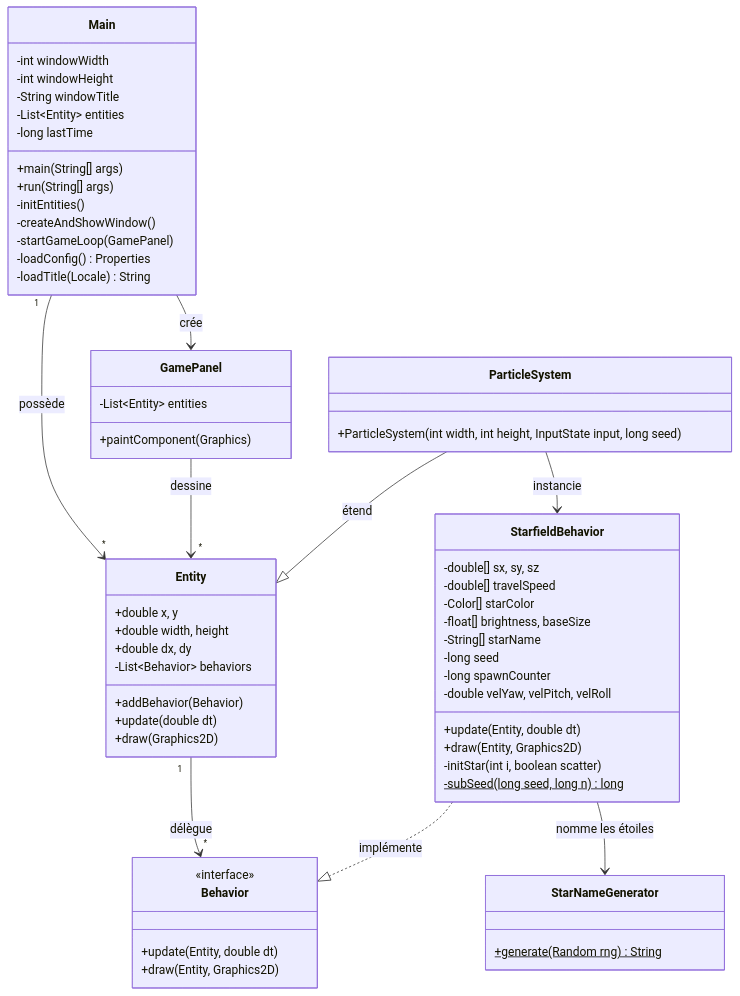
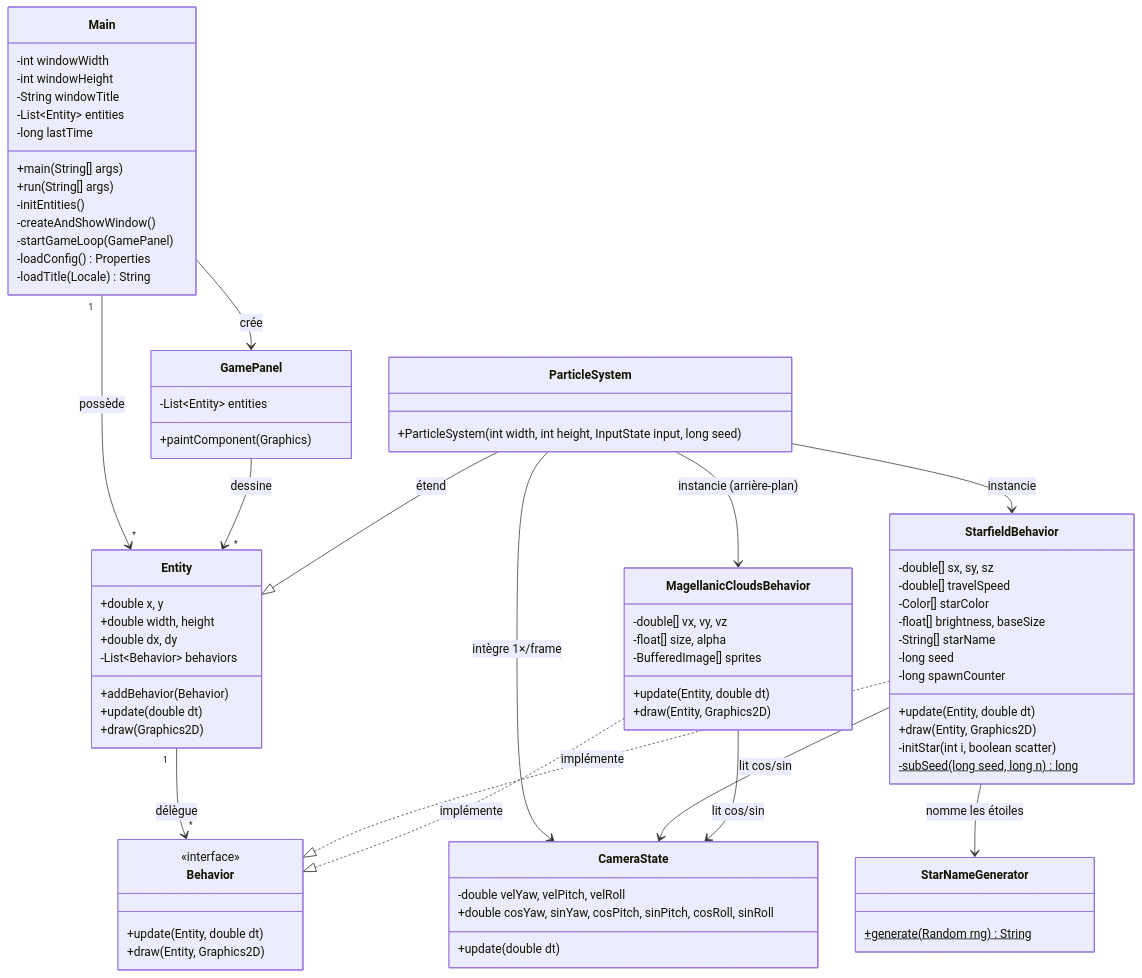
One commit to mcgivrer/demo001-arm64 changed the first of 3 diagrams in src/docs/01-architecture.md. Above: the diagram before and after it, drawn with Mermaid. The commit also changed 12 other files, not shown here.

First line of the commit message:
Refactor camera and background cloud behavior

````diff
--- a/src/docs/01-architecture.md
+++ b/src/docs/01-architecture.md
@@ -63,6 +63,12 @@
         +ParticleSystem(int width, int height, InputState input, long seed)
     }
 
+    class CameraState {
+        -double velYaw, velPitch, velRoll
+        +double cosYaw, sinYaw, cosPitch, sinPitch, cosRoll, sinRoll
+        +update(double dt)
+    }
+
     class StarfieldBehavior {
         -double[] sx, sy, sz
         -double[] travelSpeed
@@ -71,11 +77,18 @@
         -String[] starName
         -long seed
         -long spawnCounter
-        -double velYaw, velPitch, velRoll
         +update(Entity, double dt)
         +draw(Entity, Graphics2D)
         -initStar(int i, boolean scatter)
         -subSeed(long seed, long n)$ long
+    }
+
+    class MagellanicCloudsBehavior {
+        -double[] vx, vy, vz
+        -float[] size, alpha
+        -BufferedImage[] sprites
+        +update(Entity, double dt)
+        +draw(Entity, Graphics2D)
     }
 
     class StarNameGenerator {
@@ -88,6 +101,11 @@
     Entity "1" --> "*" Behavior : délègue
     ParticleSystem --|> Entity : étend
     StarfieldBehavior ..|> Behavior : implémente
+    MagellanicCloudsBehavior ..|> Behavior : implémente
+    ParticleSystem --> CameraState : intègre 1×/frame
     ParticleSystem --> StarfieldBehavior : instancie
+    ParticleSystem --> MagellanicCloudsBehavior : instancie (arrière-plan)
+    StarfieldBehavior --> CameraState : lit cos/sin
+    MagellanicCloudsBehavior --> CameraState : lit cos/sin
     StarfieldBehavior --> StarNameGenerator : nomme les étoiles
 ```
````
